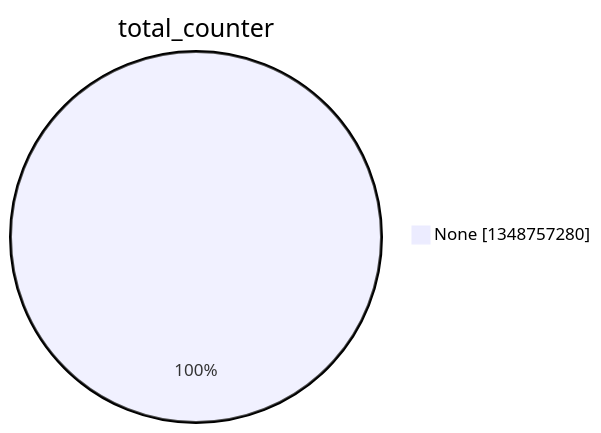
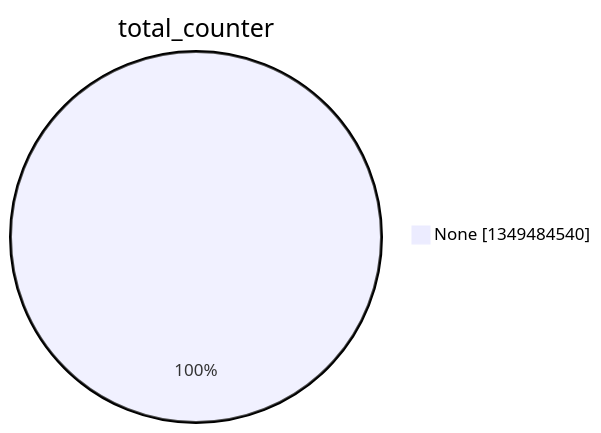
One commit to christiankrug/ctmonitor_visualization changed the second of 15 diagrams in argon2022/README.md. Above: the diagram before and after it, drawn with Mermaid. The commit also changed other lines of this file, not shown here.

````diff
--- a/argon2022/README.md
+++ b/argon2022/README.md
@@ -9,5 +9,5 @@
 ```mermaid
 pie showData
 title total_counter
-"None" :1348757280
+"None" :1349484540
 ```
````
